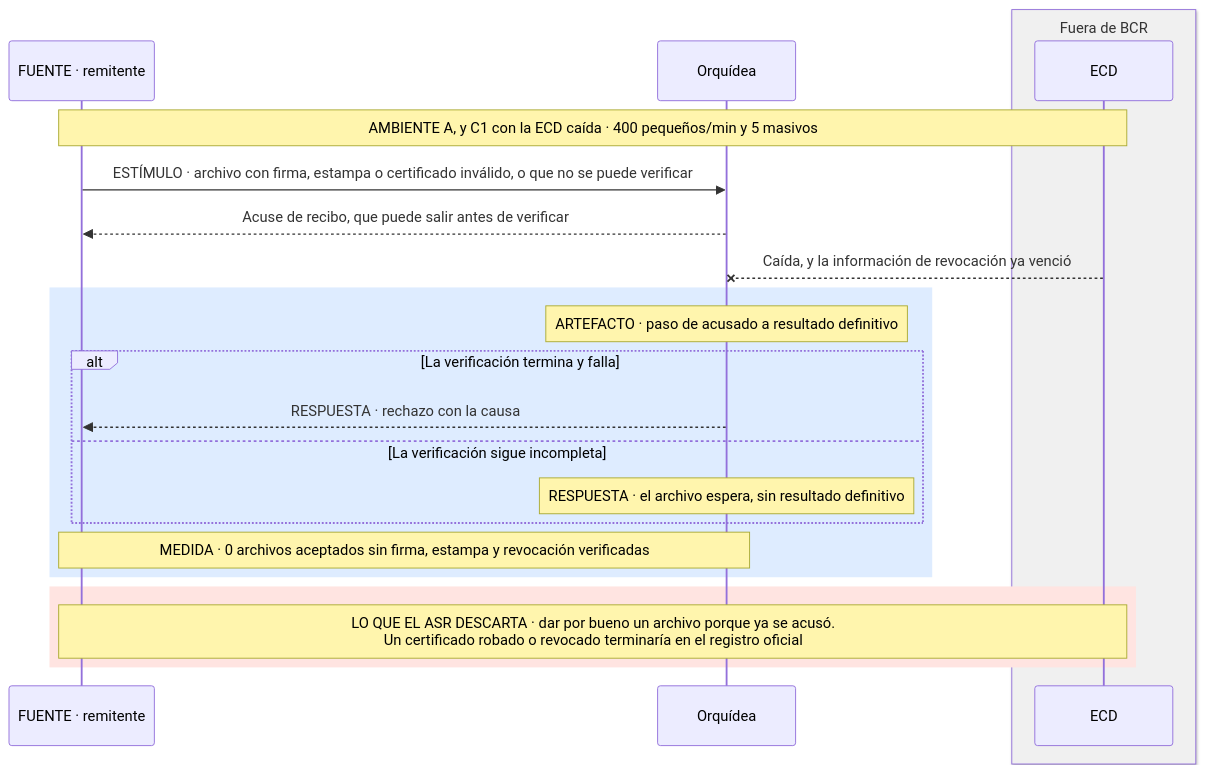
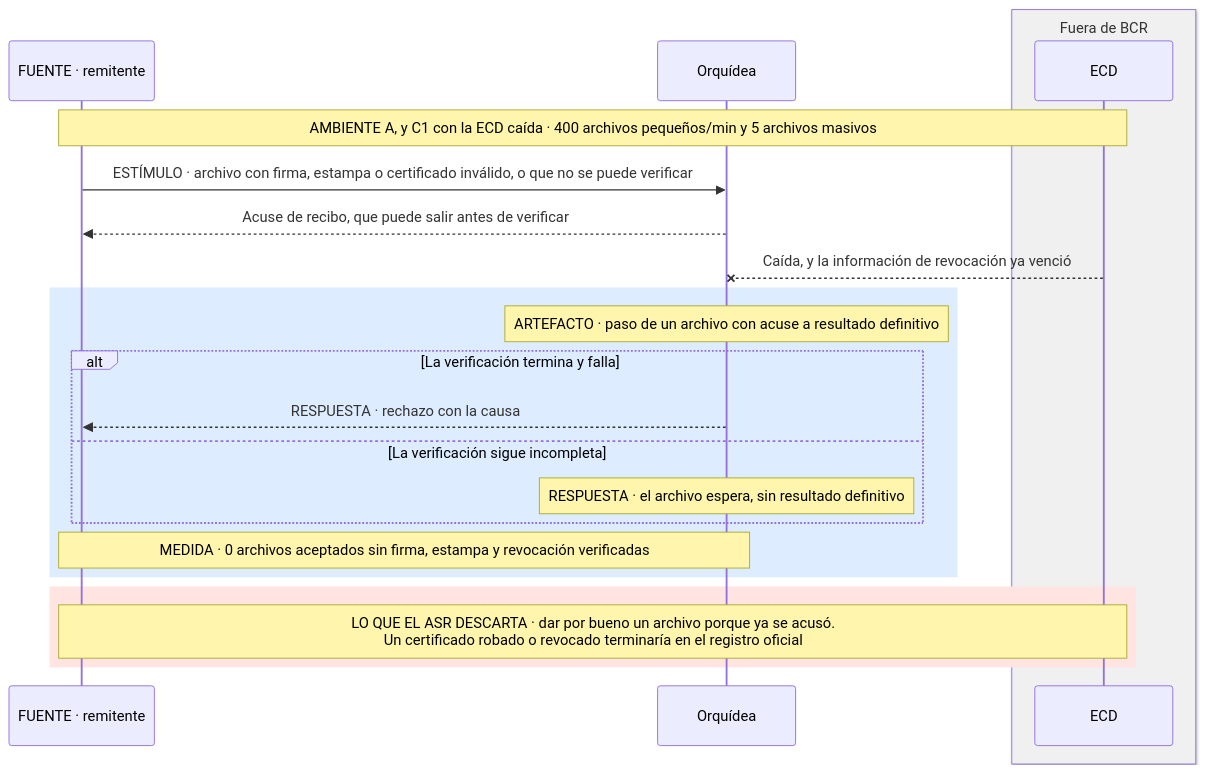
One commit to MATI-MBIT/arqsoft-reto-4 changed the third of 17 diagrams in docs/quality-attributes.md. Above: the diagram before and after it, drawn with Mermaid. The commit also changed other lines of this file, not shown here.

````diff
--- a/docs/quality-attributes.md
+++ b/docs/quality-attributes.md
@@ -224,24 +224,24 @@
 ```mermaid
 sequenceDiagram
     participant R as FUENTE · remitente
     participant O as Orquídea
     box rgb(240,240,240) Fuera de BCR
     participant E as ECD
     end
-    Note over R,E: AMBIENTE A, y C1 con la ECD caída · 400 pequeños/min y 5 masivos
+    Note over R,E: AMBIENTE A, y C1 con la ECD caída · 400 archivos pequeños/min y 5 archivos masivos
     R->>O: ESTÍMULO · archivo con firma, estampa o certificado inválido, o que no se puede verificar
     O-->>R: Acuse de recibo, que puede salir antes de verificar
     E--xO: Caída, y la información de revocación ya venció
     rect rgb(222, 236, 255)
-    Note over O: ARTEFACTO · paso de acusado a resultado definitivo
+    Note over O: ARTEFACTO · paso de un archivo con acuse a resultado definitivo
     alt La verificación termina y falla
         O-->>R: RESPUESTA · rechazo con la causa
     else La verificación sigue incompleta
         Note over O: RESPUESTA · el archivo espera, sin resultado definitivo
     end
     Note over R,O: MEDIDA · 0 archivos aceptados sin firma, estampa y revocación verificadas
     end
     rect rgb(255, 228, 225)
     Note over R,E: LO QUE EL ASR DESCARTA · dar por bueno un archivo porque ya se acusó.<br/>Un certificado robado o revocado terminaría en el registro oficial
     end
 ```
````
